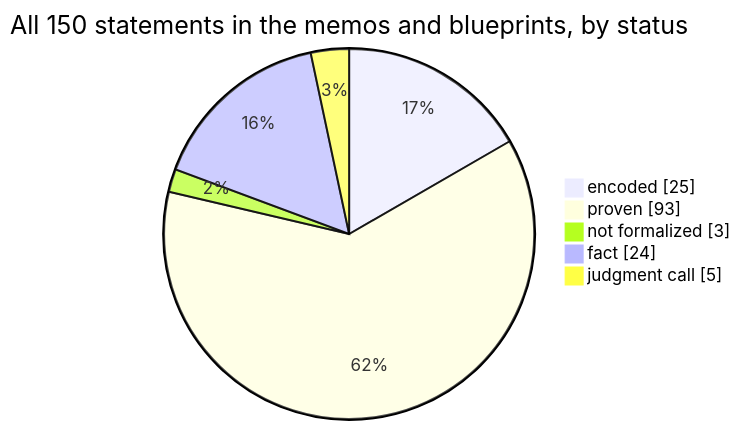
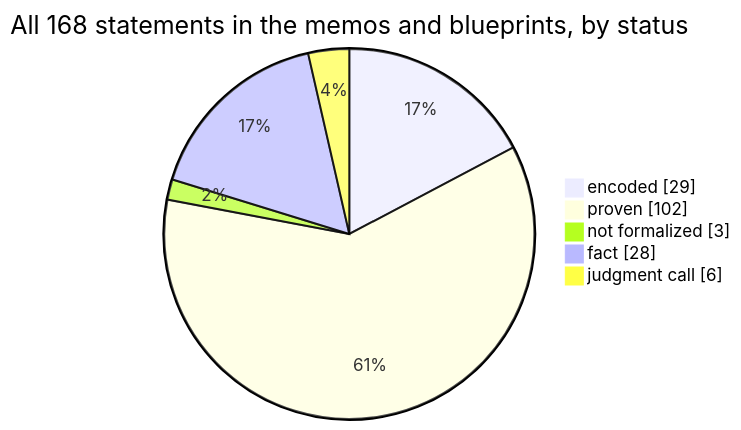
The first of 4 diagrams in docs/graphs/dashboard.md (SeanWMurray/Canteen), drawn with Mermaid before and after one commit. The commit also changed other lines of this file and 10 other files, not shown here.

````diff
--- a/docs/graphs/dashboard.md
+++ b/docs/graphs/dashboard.md
@@ -11,8 +11,8 @@
 ```mermaid
-pie showData title All 150 statements in the memos and blueprints, by status
-    "encoded" : 25
-    "proven" : 93
+pie showData title All 168 statements in the memos and blueprints, by status
+    "encoded" : 29
+    "proven" : 102
     "not formalized" : 3
-    "fact" : 24
-    "judgment call" : 5
+    "fact" : 28
+    "judgment call" : 6
 ```
````
